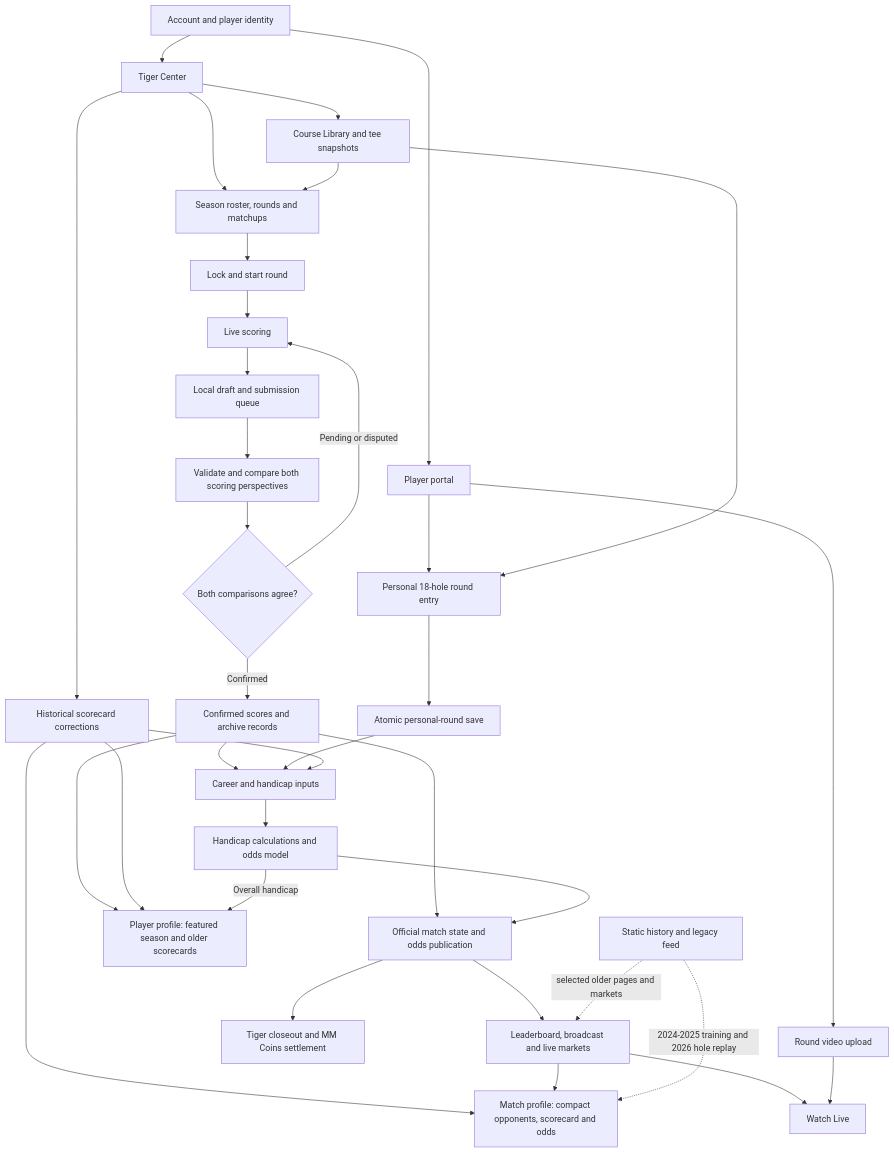
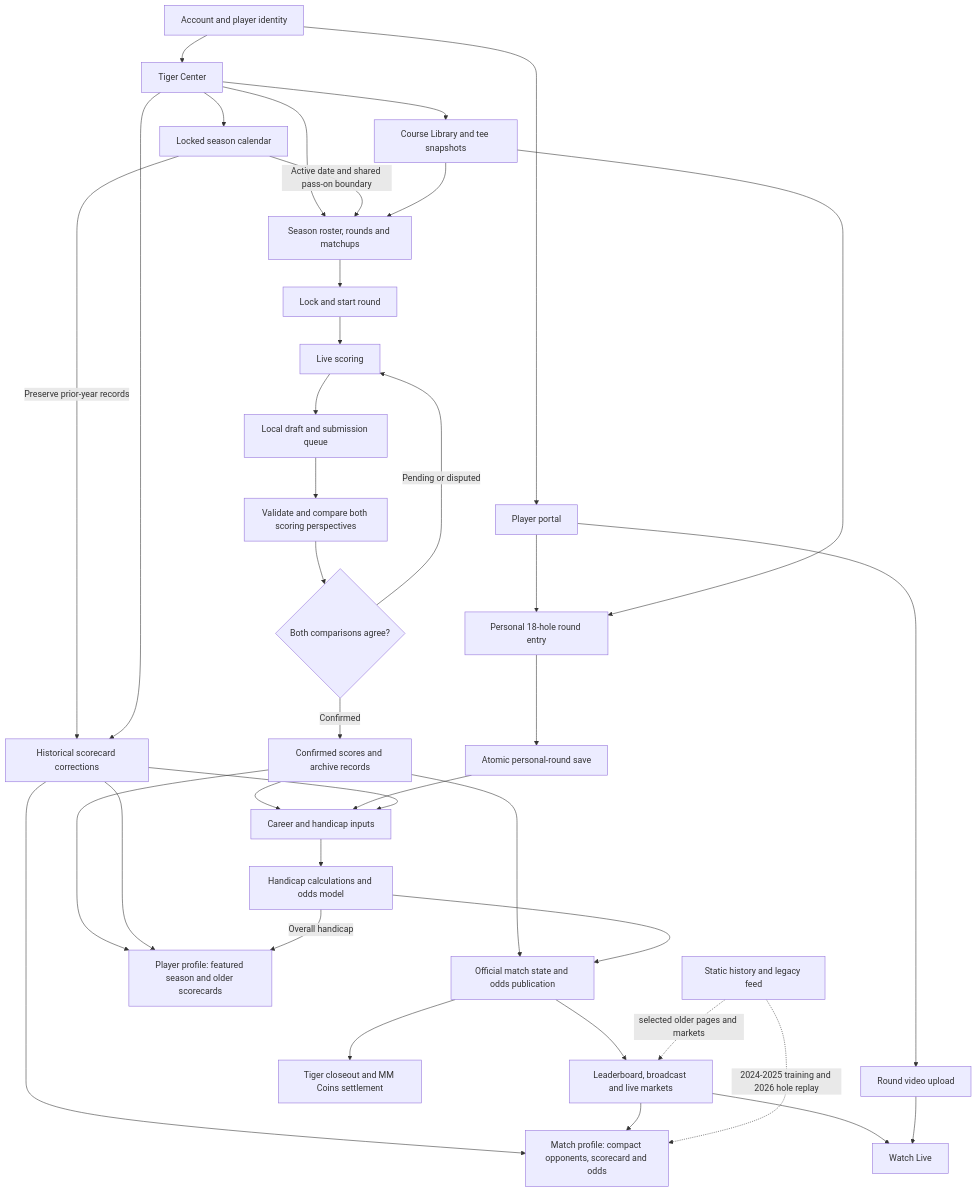
Before and after one commit to cadebarone00/MM-Website: the diagram in docs/app-workflow.md, drawn with Mermaid. The commit also changed other lines of this file and 28 other files, not shown here.

````diff
--- a/docs/app-workflow.md
+++ b/docs/app-workflow.md
@@ -9,68 +9,71 @@
 ```mermaid
 flowchart TD
   %% Page and major section titles share the official Spectral Bold Maroon Masters title font.
   %% Home-screen bookmarks use shorter, broad gold-outline Spectral italic MM on #240001, shifted farther left to reveal more of the second M, with approximately 20% top and 15% bottom margins and intentional horizontal cropping; Apple icon metadata and Android manifest supply PNG assets.
   %% Optional password-status migration derives player_slots.password_created from the linked Auth password credential; deployment pending.
   %% Verified password setup displays the account username and authentication email above the password field.
   %% Invite URL fragments are exchanged for session cookies before password entry; recovery codes use the server callback. Invalid links offer a fresh reset.
   %% Course photo imports support nested photo folders and replacement/removal of Main labels; Palmer and Pete Dye assets are imported.
   %% Accordion date/session labels are explicitly positioned below the top overlay and remain horizontal in every panel.
   %% Schedule landing and accordion are fixed edge-to-edge viewports; Photo Library shows non-main imported images for the active course.
   %% Schedule landing at /schedule uses the supplied Mission Hills photo and four January 6-9 links into an eight-session photo accordion with all eight desktop strips visible and the active panel at 50% width.
   A[Account and player identity] --> P[Player portal]
   A --> T[Tiger Center]
   T --> C[Course Library and tee snapshots]
   T --> S[Season roster, rounds and matchups]
+  T --> Y[Locked season calendar]
+  Y -- Active date and shared pass-on boundary --> S
+  Y -- Preserve prior-year records --> X
   %% Session count has its own persisted lock; locked selected counts are green and require unlocking before changes.
   C --> S
   %% Sessions may lock partially; chosen locked fields publish to schedule, while destination indicators explain separate matchup, time and broadcast gates.
   S --> R[Lock and start round]
   R --> L[Live scoring]
   %% Scoring screen imports browser-safe matchup labels; Supabase session loading remains on the server.
   L --> D[Local draft and submission queue]
   D --> V[Validate and compare both scoring perspectives]
   V --> Q{Both comparisons agree?}
   Q -- Pending or disputed --> L
   Q -- Confirmed --> H[Confirmed scores and archive records]
   H --> O[Official match state and odds publication]
   H --> K[Career and handicap inputs]
   H --> PP[Player profile: featured season and older scorecards]
   X --> MP
   X --> PP
   %% Fourball scorecards separate best-ball/status/best-ball into a gold-outlined middle block; mobile player rows retain team colors.
   %% Mobile scorecard is edge-to-edge with 44px rows and a narrower total; player panels use team colors and status replaces tee time after play starts.
   %% Player links preserve the source match for Back navigation; slider endpoint thumbs remain fully visible and graph footer copy is visually hidden.
   %% Match Odds card remains before, during and after play; scheduled matches show a probability ring, live/final matches show the existing hole graph.
   %% Probability graphs label completed-hole slider positions, with gold ticks over the numbers, decided results carried through hole 18, and Final scorecard cells in the winning team color.
   %% Desktop match pages fit all 20 columns and align the odds graph; mobile uses fixed-side nine-hole swipe pages and a full-width 18-hole graph.
   O --> B[Leaderboard, broadcast and live markets]
   %% Desktop leaderboard match lists are centered at 40vw with taller rows; ticker width and mobile layout are unchanged.
   B --> MP[Match profile: compact opponents, scorecard and odds]
   %% Match Back links return to the match day; leaderboard day selection lives in the URL for browser Back and reloads.
   Z -. 2024-2025 training and 2026 hole replay .-> MP
   O --> F[Tiger closeout and MM Coins settlement]
   %% My Handicap score list shows only the order dropdown followed by scores; explanatory paragraphs are removed.
   %% White-team portal navigation area has a maroon backdrop behind Submit a score and the four navigation rows.
   %% Portal Profile, Career, Round video and Wagers rows use their named supplied photos with white labels, individual gold outlines, and spacing between selections.
   %% Portal hero links stacked 2026/Skins and a large total to the authenticated Skins/Payout page: expandable winning holes with nested opponent scores and separate $200 individual-round pots; 2027 is not connected.
   %% Portal hero contains evenly spaced white serif My Handicap and Player Lookup links near its bottom.
   %% Portal: overall handicap number opens My Handicap; separate Submit a score pill opens the handicap screen.
   %% Player Lookup starts with its selector below navigation; the header back arrow always returns to /portal.
   %% Player Lookup is an authenticated read-only player directory with handicap history and profile-stat comparisons.
   P --> N[Personal 18-hole round entry]
   C --> N
   N --> E[Atomic personal-round save]
   E --> K
   T --> X[Historical scorecard corrections]
   X --> K
   K --> M[Handicap calculations and odds model]
   M --> O
   M -- Overall handicap --> PP
   %% Broadcast ticker: taller, content-sized top five; hidden while the individual leaderboard is visible.
   B --> W[Watch Live]
   P --> U[Round video upload]
   %% Home hype video plays directly from the public website-media R2 object; no tracked MP4.
   U --> W
   %% Audit 2026-09-21: historical scorecard round IDs and setup round IDs are misaligned; repair pending.
   Z[Static history and legacy feed] -. selected older pages and markets .-> B
 ```
````
